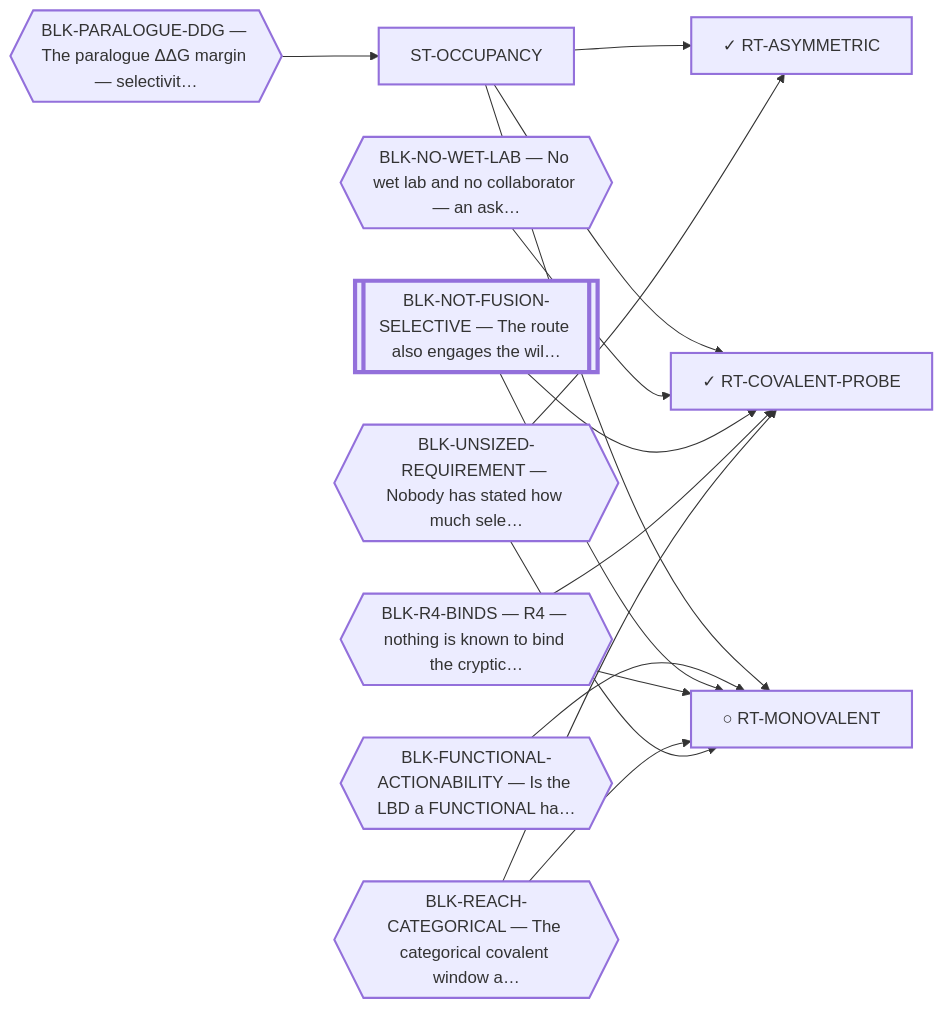
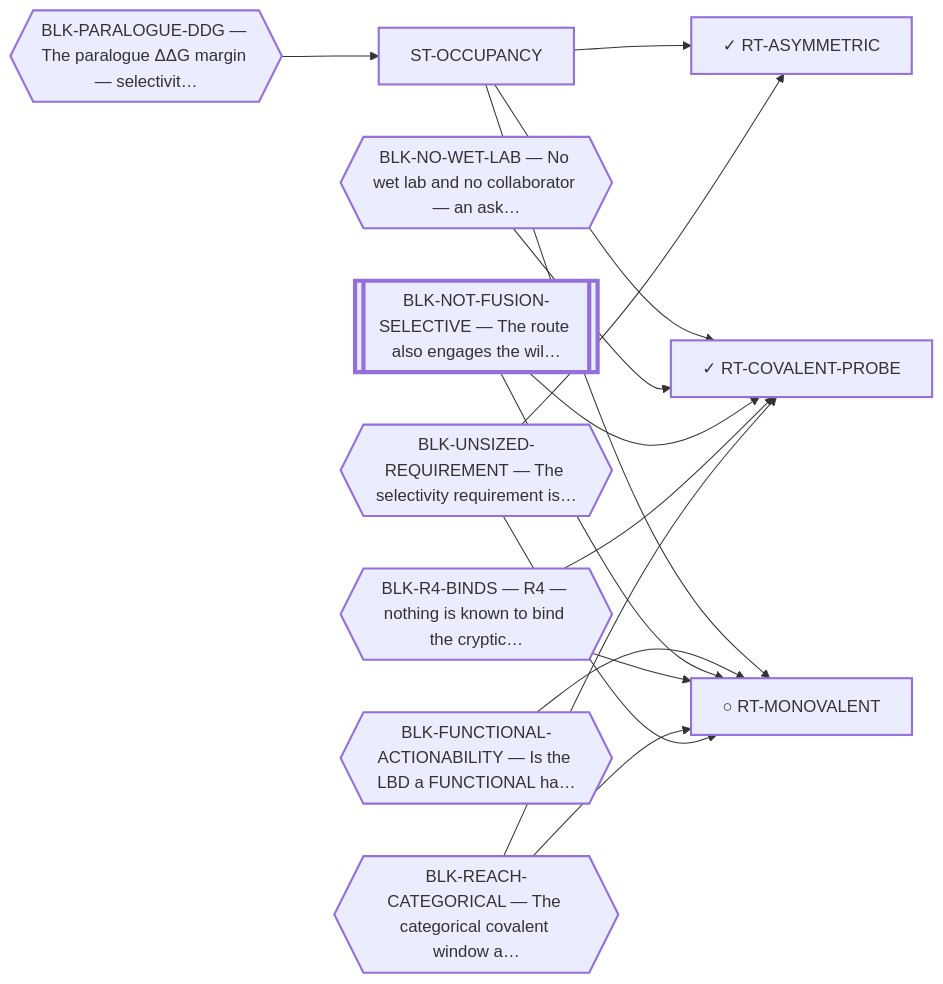
Before and after one commit to trimcrae/Rare-cancers: the diagram in systems/views/L1-st-occupancy.md, drawn with Mermaid. The commit also changed 11 other files, not shown here.

````diff
--- a/systems/views/L1-st-occupancy.md
+++ b/systems/views/L1-st-occupancy.md
@@ -35,33 +35,33 @@
 ```mermaid
 flowchart LR
   ST_OCCUPANCY["ST-OCCUPANCY"]:::fam
   RT_ASYMMETRIC["✓ RT-ASYMMETRIC"]:::fam
   ST_OCCUPANCY --> RT_ASYMMETRIC
   RT_COVALENT_PROBE["✓ RT-COVALENT-PROBE"]:::fam
   ST_OCCUPANCY --> RT_COVALENT_PROBE
   RT_MONOVALENT["○ RT-MONOVALENT"]:::fam
   ST_OCCUPANCY --> RT_MONOVALENT
 
   BLK_PARALOGUE_DDG{{"BLK-PARALOGUE-DDG — The paralogue ΔΔG margin — selectivit…"}}:::blk
   BLK_PARALOGUE_DDG --> ST_OCCUPANCY
   BLK_FUNCTIONAL_ACTIONABILITY{{"BLK-FUNCTIONAL-ACTIONABILITY — Is the LBD a FUNCTIONAL ha…"}}:::blk
   BLK_FUNCTIONAL_ACTIONABILITY --> RT_MONOVALENT
   BLK_NO_WET_LAB{{"BLK-NO-WET-LAB — No wet lab and no collaborator — an ask…"}}:::blk
   BLK_NO_WET_LAB --> RT_COVALENT_PROBE
   BLK_NOT_FUSION_SELECTIVE[["BLK-NOT-FUSION-SELECTIVE — The route also engages the wil…"]]:::perm
   BLK_NOT_FUSION_SELECTIVE --> RT_COVALENT_PROBE
   BLK_NOT_FUSION_SELECTIVE --> RT_MONOVALENT
   BLK_R4_BINDS{{"BLK-R4-BINDS — R4 — nothing is known to bind the cryptic…"}}:::blk
   BLK_R4_BINDS --> RT_COVALENT_PROBE
   BLK_R4_BINDS --> RT_MONOVALENT
   BLK_REACH_CATEGORICAL{{"BLK-REACH-CATEGORICAL — The categorical covalent window a…"}}:::blk
   BLK_REACH_CATEGORICAL --> RT_COVALENT_PROBE
   BLK_REACH_CATEGORICAL --> RT_MONOVALENT
-  BLK_UNSIZED_REQUIREMENT{{"BLK-UNSIZED-REQUIREMENT — Nobody has stated how much sele…"}}:::blk
+  BLK_UNSIZED_REQUIREMENT{{"BLK-UNSIZED-REQUIREMENT — The selectivity requirement is…"}}:::blk
   BLK_UNSIZED_REQUIREMENT --> RT_ASYMMETRIC
   BLK_UNSIZED_REQUIREMENT --> RT_MONOVALENT
   classDef fam stroke-width:2px;
   classDef blk stroke-width:2px;
   classDef perm stroke-width:4px;
   classDef tech stroke-width:1px,stroke-dasharray:4 3;
 ```
````
